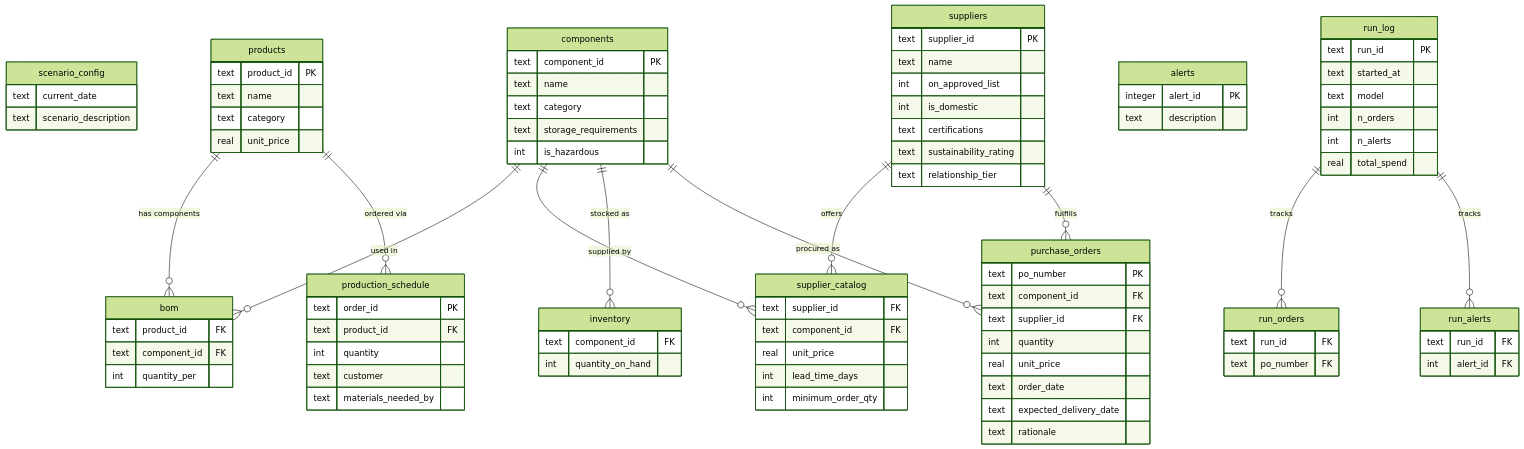
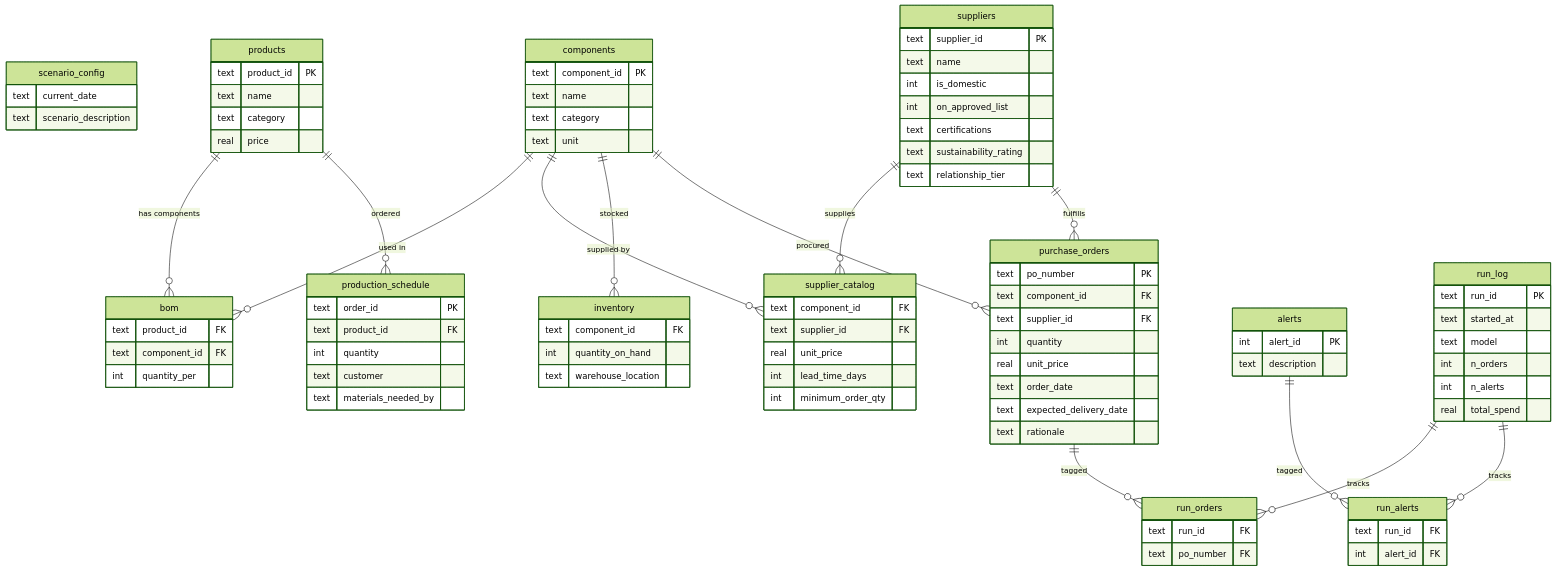
Before and after one commit to sgee107/reflection-takehome: the fifth of 5 diagrams in research/current-state-2026-04-23.md, drawn with Mermaid (forest theme). The commit also changed other lines of this file and 39 other files, not shown here.

First line of the commit message:
Implement planner-executor architecture, constraint extraction agent, and enriched tools

````diff
--- a/research/current-state-2026-04-23.md
+++ b/research/current-state-2026-04-23.md
@@ -148,15 +139,14 @@
         text product_id PK
         text name
         text category
-        real unit_price
+        real price
     }
 
     components {
         text component_id PK
         text name
         text category
-        text storage_requirements
-        int is_hazardous
+        text unit
     }
 
     bom {
@@ -168,16 +158,16 @@
     suppliers {
         text supplier_id PK
         text name
+        int is_domestic
         int on_approved_list
-        int is_domestic
         text certifications
         text sustainability_rating
         text relationship_tier
     }
 
     supplier_catalog {
+        text component_id FK
         text supplier_id FK
-        text component_id FK
         real unit_price
         int lead_time_days
         int minimum_order_qty
@@ -186,6 +176,7 @@
     inventory {
         text component_id FK
         int quantity_on_hand
+        text warehouse_location
     }
 
     production_schedule {
@@ -208,7 +199,7 @@
     }
 
     alerts {
-        integer alert_id PK
+        int alert_id PK
         text description
     }
 
@@ -233,12 +224,14 @@
 
     products ||--o{ bom : "has components"
     components ||--o{ bom : "used in"
-    suppliers ||--o{ supplier_catalog : "offers"
     components ||--o{ supplier_catalog : "supplied by"
-    components ||--o{ inventory : "stocked as"
-    products ||--o{ production_schedule : "ordered via"
-    components ||--o{ purchase_orders : "procured as"
+    suppliers ||--o{ supplier_catalog : "supplies"
+    components ||--o{ inventory : "stocked"
+    products ||--o{ production_schedule : "ordered"
+    components ||--o{ purchase_orders : "procured"
     suppliers ||--o{ purchase_orders : "fulfills"
     run_log ||--o{ run_orders : "tracks"
     run_log ||--o{ run_alerts : "tracks"
+    purchase_orders ||--o{ run_orders : "tagged"
+    alerts ||--o{ run_alerts : "tagged"
 ```
````
